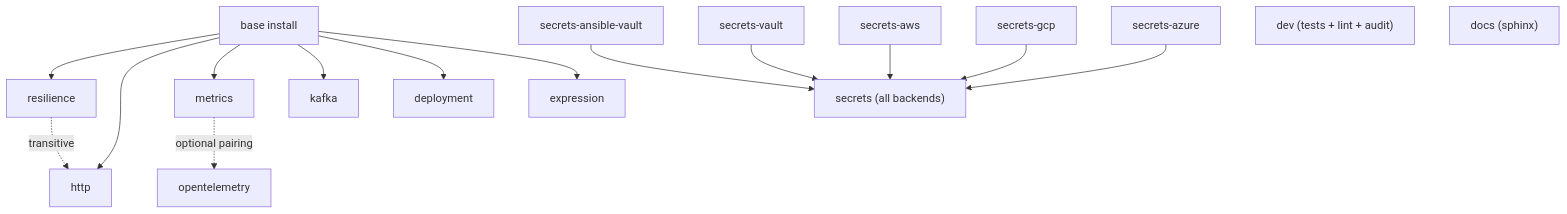
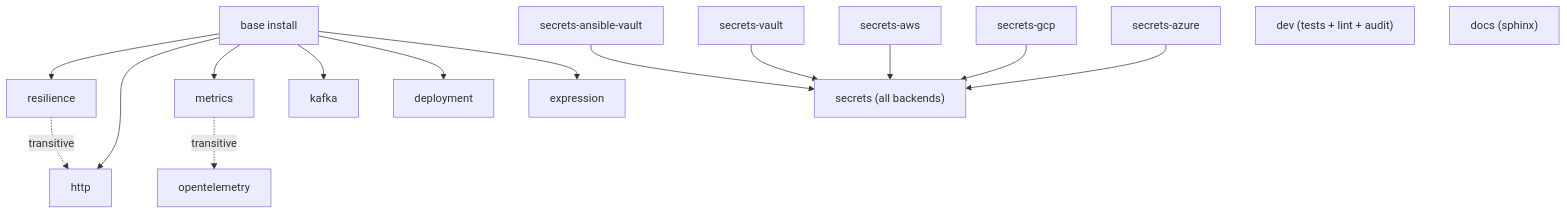
One commit to hyperi-io/scalo-py changed the diagram in docs/EXTRAS-FLAGS.md. Above: the diagram before and after it, drawn with Mermaid. The commit also changed other lines of this file and 7 other files, not shown here.

````diff
--- a/docs/EXTRAS-FLAGS.md
+++ b/docs/EXTRAS-FLAGS.md
@@ -47,36 +47,36 @@
 ```mermaid
 flowchart TB
     Base["base install"]
     Resil["resilience"]
     HTTP["http"]
     Metrics["metrics"]
     OTel["opentelemetry"]
     Kafka["kafka"]
     Expr["expression"]
     Deploy["deployment"]
     SAV["secrets-ansible-vault"]
     SV["secrets-vault"]
     SA["secrets-aws"]
     SG["secrets-gcp"]
     SAz["secrets-azure"]
     SAll["secrets (all backends)"]
     Dev["dev (tests + lint + audit)"]
     Docs["docs (sphinx)"]
 
     Base --> Resil
     Base --> HTTP
     Base --> Metrics
     Base --> Kafka
     Base --> Deploy
     Base --> Expr
 
     Resil -.transitive.-> HTTP
 
-    Metrics -.optional pairing.-> OTel
+    Metrics -.transitive.-> OTel
 
     SAV --> SAll
     SV --> SAll
     SA --> SAll
     SG --> SAll
     SAz --> SAll
 ```
````
